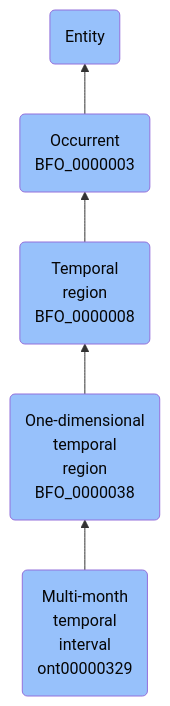
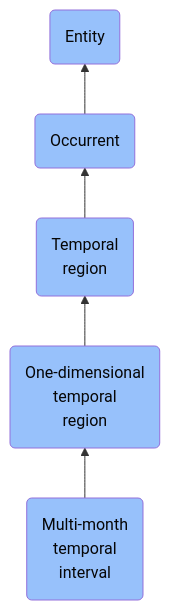
One commit to jupyter-naas/abi changed the diagram in docs/ontology/reference/model/Entity/Occurrent/Temporal region/One-dimensional temporal region/Multi-month temporal interval/Multi-month temporal interval.md. Above: the diagram before and after it, drawn with Mermaid. The commit also changed other lines of this file and 1430 other files, not shown here.

````diff
--- a/docs/ontology/reference/model/Entity/Occurrent/Temporal region/One-dimensional temporal region/Multi-month temporal interval/Multi-month temporal interval.md
+++ b/docs/ontology/reference/model/Entity/Occurrent/Temporal region/One-dimensional temporal region/Multi-month temporal interval/Multi-month temporal interval.md
@@ -24,12 +24,12 @@
 ```mermaid
 graph BT
-    ont00000329(Multi-month<br>temporal<br>interval<br>ont00000329):::BFO-->BFO_0000038
-    BFO_0000038(One-dimensional<br>temporal<br>region<br>BFO_0000038):::BFO-->BFO_0000008
-    BFO_0000008(Temporal<br>region<br>BFO_0000008):::BFO-->BFO_0000003
-    BFO_0000003(Occurrent<br>BFO_0000003):::BFO-->BFO_0000001
+    ont00000329(Multi-month<br>temporal<br>interval):::BFO-->BFO_0000038
+    BFO_0000038(One-dimensional<br>temporal<br>region):::BFO-->BFO_0000008
+    BFO_0000008(Temporal<br>region):::BFO-->BFO_0000003
+    BFO_0000003(Occurrent):::BFO-->BFO_0000001
     BFO_0000001(Entity):::BFO
     
     classDef BFO fill:#97c1fb,color:#060606
     classDef CCO fill:#e4c51e,color:#060606
     classDef ABI fill:#48DD82,color:#060606
 ```
````
